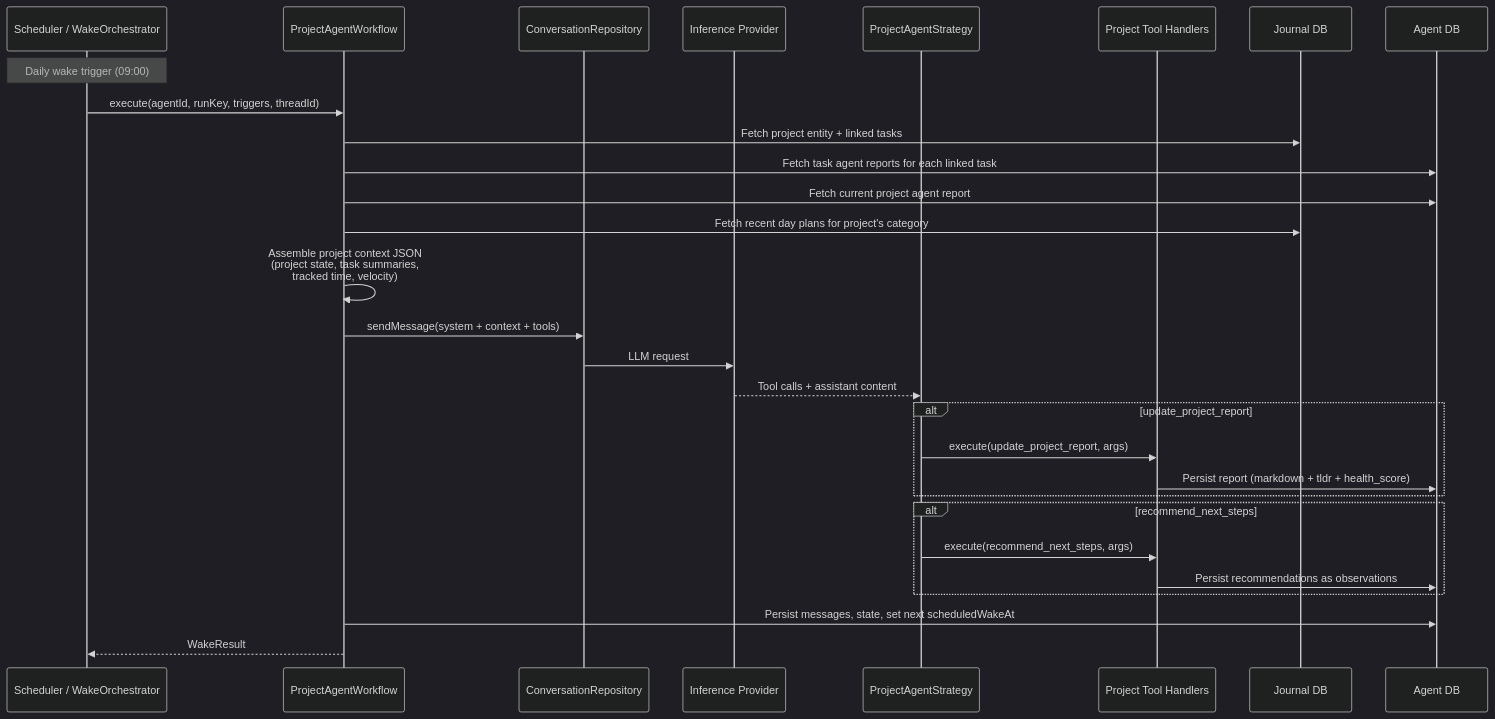
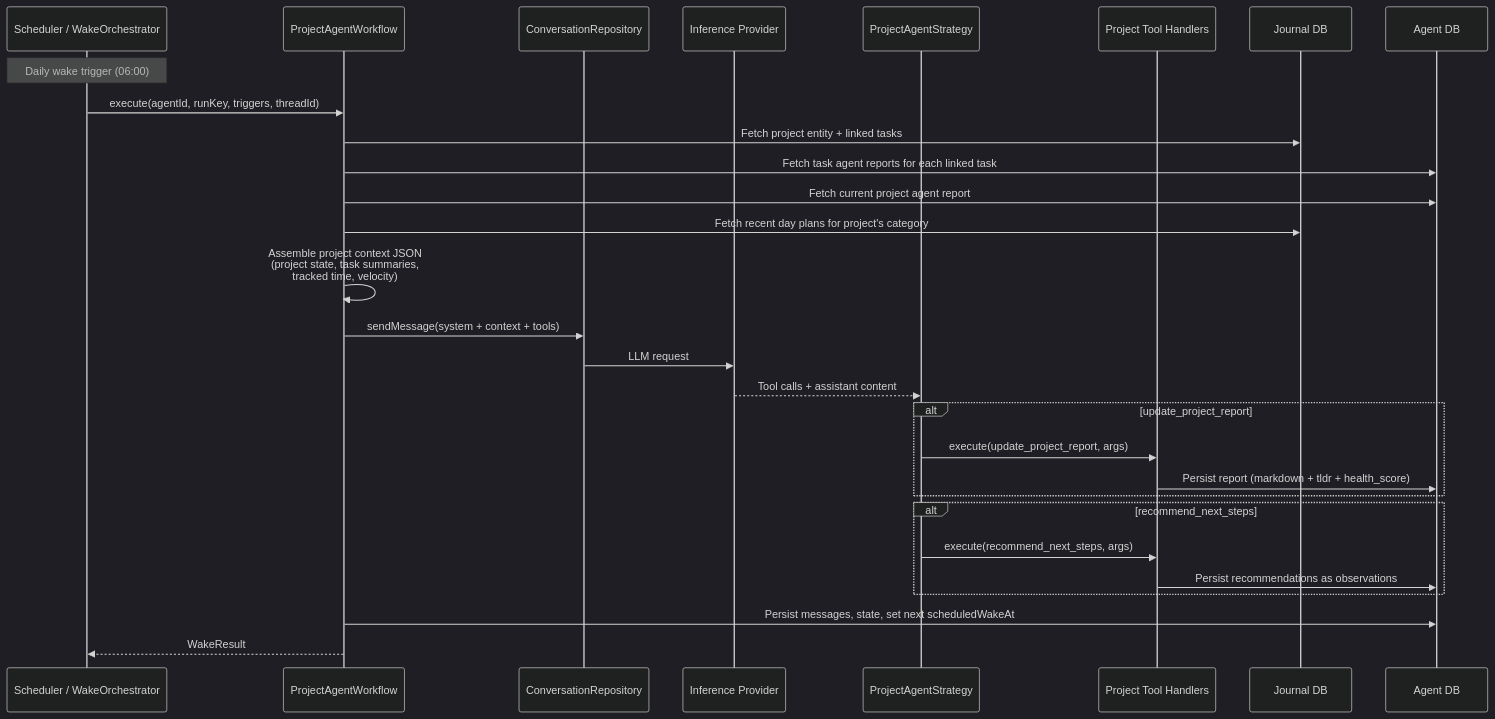
The fourth of 6 diagrams in docs/implementation_plans/2026-03-16_introduce_projects.md (matthiasn/lotti), drawn with Mermaid (dark theme) before and after one commit. The commit also changed other lines of this file and 2 other files, not shown here.

````diff
--- a/docs/implementation_plans/2026-03-16_introduce_projects.md
+++ b/docs/implementation_plans/2026-03-16_introduce_projects.md
@@ -484,40 +484,40 @@
 ```mermaid
 sequenceDiagram
     participant Sched as Scheduler / WakeOrchestrator
     participant PAW as ProjectAgentWorkflow
     participant CR as ConversationRepository
     participant Model as Inference Provider
     participant PAS as ProjectAgentStrategy
     participant Tools as Project Tool Handlers
     participant JDB as Journal DB
     participant ADB as Agent DB
 
-    Note over Sched: Daily wake trigger (09:00)
+    Note over Sched: Daily wake trigger (06:00)
 
     Sched->>PAW: execute(agentId, runKey, triggers, threadId)
 
     PAW->>JDB: Fetch project entity + linked tasks
     PAW->>ADB: Fetch task agent reports for each linked task
     PAW->>ADB: Fetch current project agent report
     PAW->>JDB: Fetch recent day plans for project's category
 
     PAW->>PAW: Assemble project context JSON<br/>(project state, task summaries,<br/>tracked time, velocity)
 
     PAW->>CR: sendMessage(system + context + tools)
     CR->>Model: LLM request
 
     Model-->>PAS: Tool calls + assistant content
 
     alt update_project_report
         PAS->>Tools: execute(update_project_report, args)
         Tools->>ADB: Persist report (markdown + tldr + health_score)
     end
 
     alt recommend_next_steps
         PAS->>Tools: execute(recommend_next_steps, args)
         Tools->>ADB: Persist recommendations as observations
     end
 
     PAW->>ADB: Persist messages, state, set next scheduledWakeAt
     PAW-->>Sched: WakeResult
 ```
````
